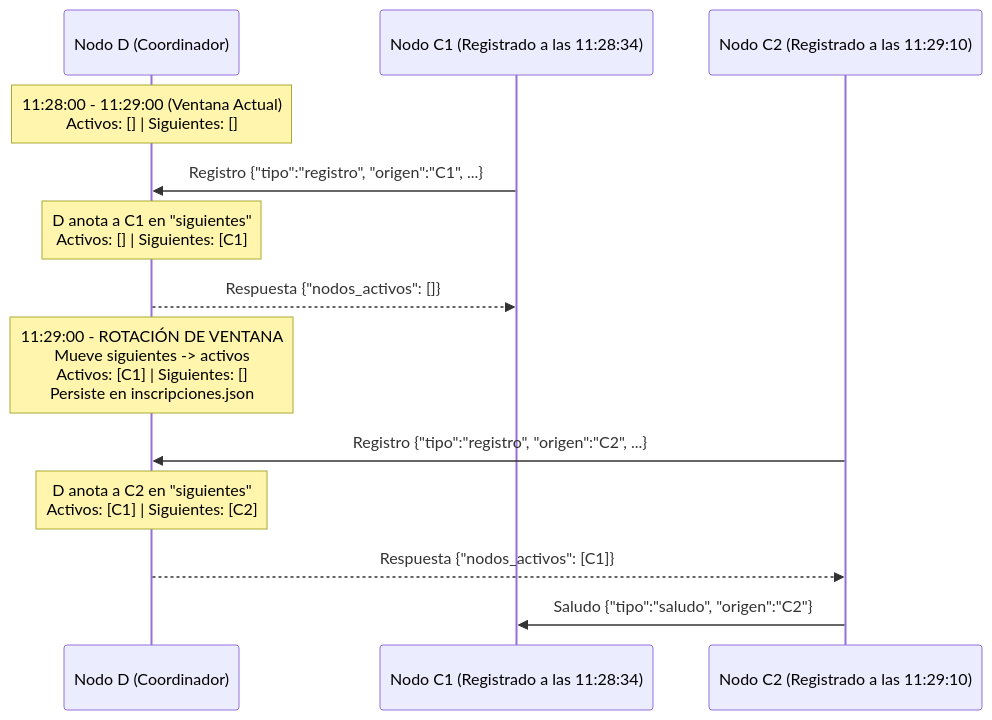
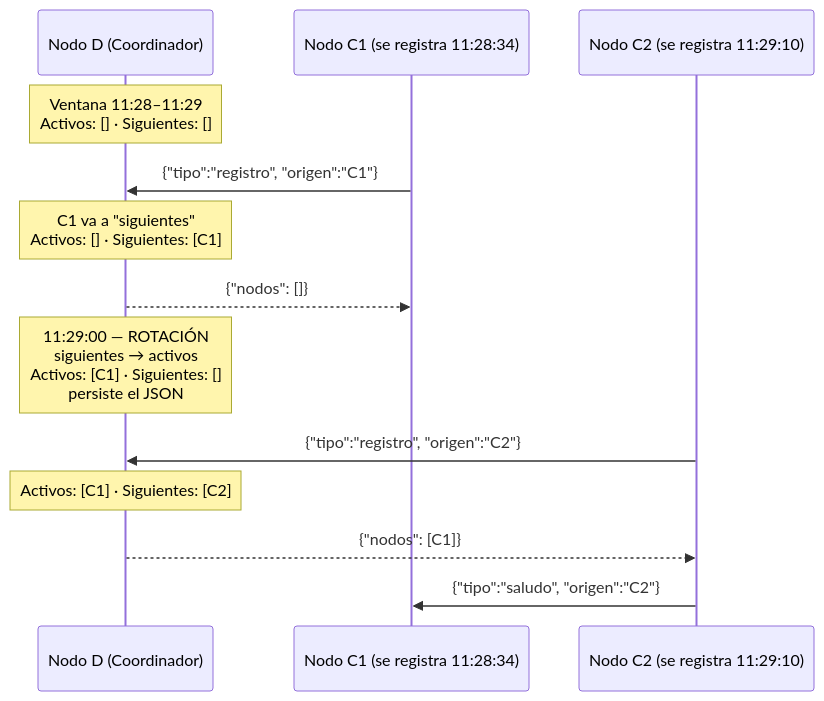
Before and after one commit to mnomico/sdypp_tp1: the diagram in hit7/README.md, drawn with Mermaid. The commit also changed other lines of this file and 17 other files, not shown here.

````diff
--- a/hit7/README.md
+++ b/hit7/README.md
@@ -9,18 +15,18 @@
 ```mermaid
 sequenceDiagram
     participant D as Nodo D (Coordinador)
-    participant C1 as Nodo C1 (Registrado a las 11:28:34)
-    participant C2 as Nodo C2 (Registrado a las 11:29:10)
+    participant C1 as Nodo C1 (se registra 11:28:34)
+    participant C2 as Nodo C2 (se registra 11:29:10)
 
-    Note over D: 11:28:00 - 11:29:00 (Ventana Actual)<br/>Activos: [] | Siguientes: []
-    C1->>D: Registro {"tipo":"registro", "origen":"C1", ...}
-    Note over D: D anota a C1 en "siguientes"<br/>Activos: [] | Siguientes: [C1]
-    D-->>C1: Respuesta {"nodos_activos": []}
+    Note over D: Ventana 11:28–11:29<br/>Activos: [] · Siguientes: []
+    C1->>D: {"tipo":"registro", "origen":"C1"}
+    Note over D: C1 va a "siguientes"<br/>Activos: [] · Siguientes: [C1]
+    D-->>C1: {"nodos": []}
 
-    Note over D: 11:29:00 - ROTACIÓN DE VENTANA<br/>Mueve siguientes -> activos<br/>Activos: [C1] | Siguientes: []<br/>Persiste en inscripciones.json
+    Note over D: 11:29:00 — ROTACIÓN<br/>siguientes → activos<br/>Activos: [C1] · Siguientes: []<br/>persiste el JSON
 
-    C2->>D: Registro {"tipo":"registro", "origen":"C2", ...}
-    Note over D: D anota a C2 en "siguientes"<br/>Activos: [C1] | Siguientes: [C2]
-    D-->>C2: Respuesta {"nodos_activos": [C1]}
-    C2->>C1: Saludo {"tipo":"saludo", "origen":"C2"}
+    C2->>D: {"tipo":"registro", "origen":"C2"}
+    Note over D: Activos: [C1] · Siguientes: [C2]
+    D-->>C2: {"nodos": [C1]}
+    C2->>C1: {"tipo":"saludo", "origen":"C2"}
 ```
````
